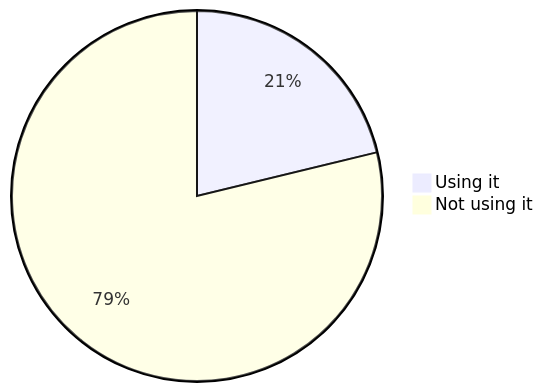
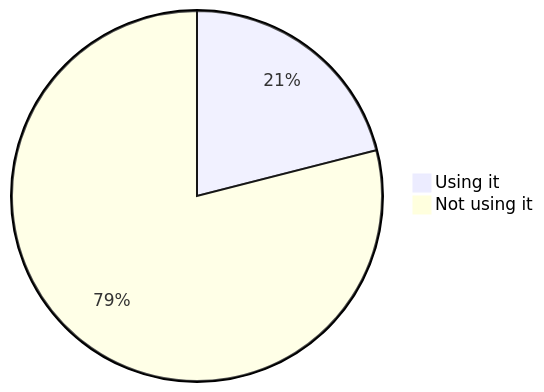
Diagram 14 of 22 in stats.md (oshp/oshp-stats), drawn with Mermaid before and after one commit. The commit also changed other lines of this file, not shown here.

````diff
--- a/stats.md
+++ b/stats.md
@@ -166,6 +166,6 @@
 ```mermaid
 pie
-	"Using it" : 21.21
-	"Not using it" : 78.79
+	"Using it" : 21.02
+	"Not using it" : 78.98
 
 ```
````
